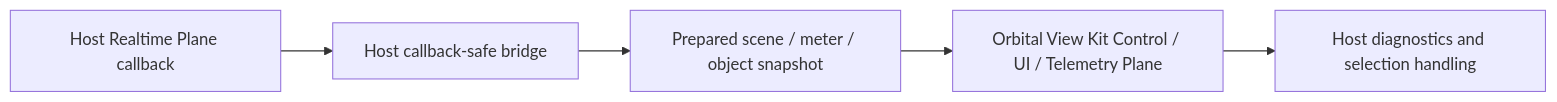
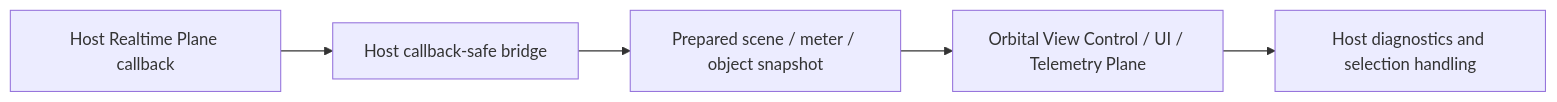
Before and after one commit to jebagu/orbital-view: the first of 20 diagrams in docs/system-flows.md, drawn with Mermaid. The commit also changed other lines of this file and 22 other files, not shown here.

First line of the commit message:
Orbital View 1.0

````diff
--- a/docs/system-flows.md
+++ b/docs/system-flows.md
@@ -9,7 +9,7 @@
 ```mermaid
 flowchart LR
   HostCallback["Host Realtime Plane callback"] --> HostBridge["Host callback-safe bridge"]
   HostBridge --> Prepared["Prepared scene / meter / object snapshot"]
-  Prepared --> Orbital["Orbital View Kit Control / UI / Telemetry Plane"]
+  Prepared --> Orbital["Orbital View Control / UI / Telemetry Plane"]
   Orbital --> HostUI["Host diagnostics and selection handling"]
 ```
````
